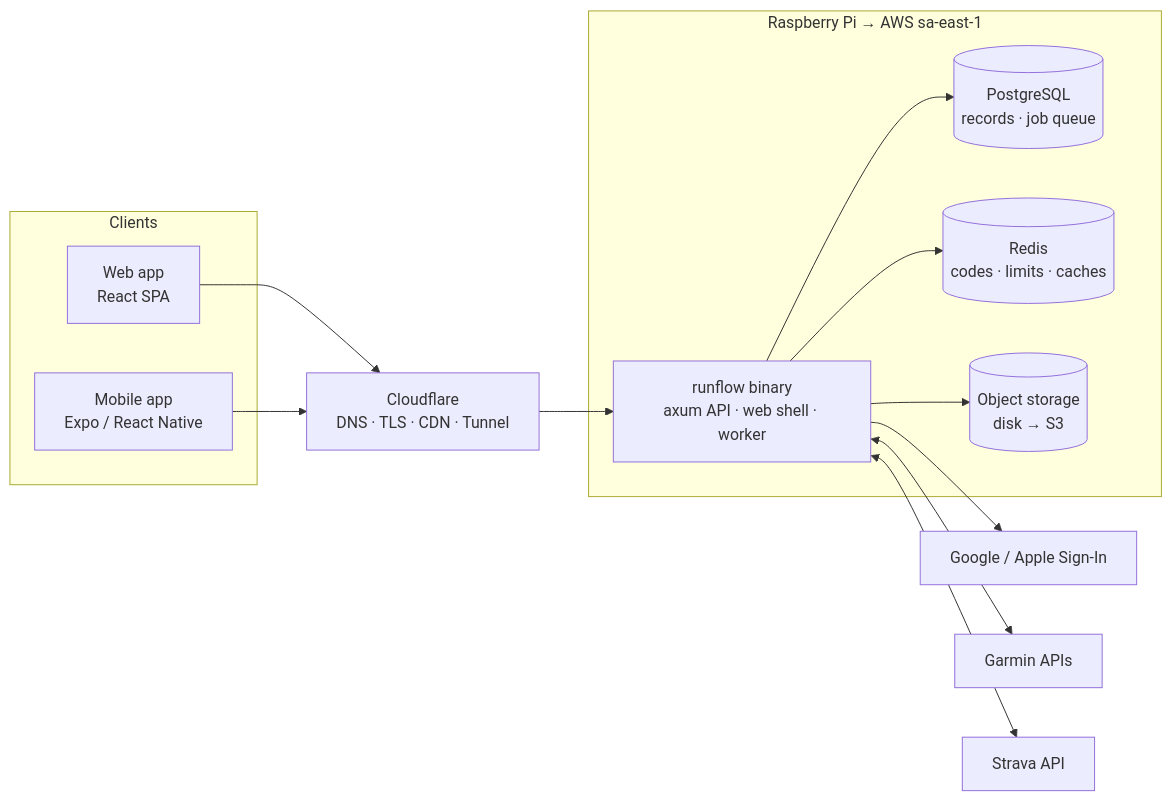
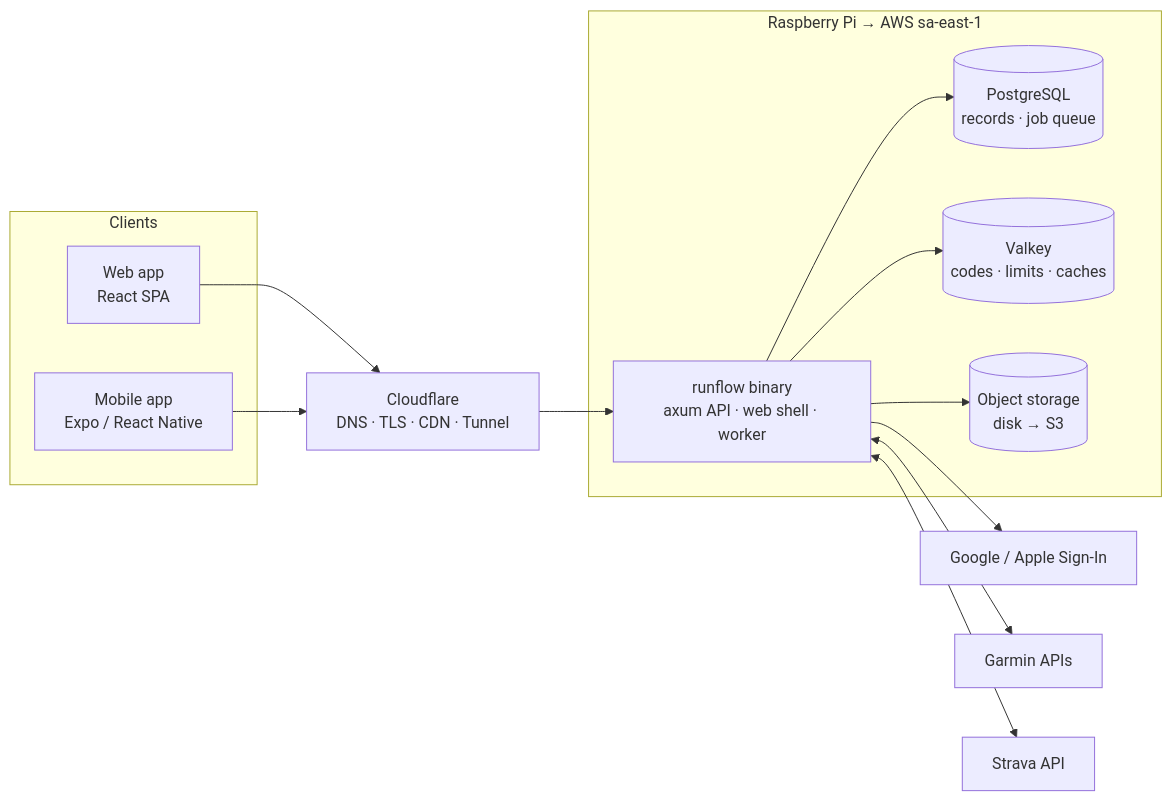
Before and after one commit to otaviojacobi/runflow-future: the diagram in root.md, drawn with Mermaid. The commit also changed other lines of this file and 33 other files, not shown here.

First line of the commit message:
refactor: run Valkey instead of Redis (D-047), D-009 updated

````diff
--- a/root.md
+++ b/root.md
@@ -277,26 +277,26 @@
 ```mermaid
 flowchart LR
   subgraph clients[Clients]
     W["Web app<br/>React SPA"]
     M["Mobile app<br/>Expo / React Native"]
   end
   CF["Cloudflare<br/>DNS · TLS · CDN · Tunnel"]
   subgraph host["Raspberry Pi → AWS sa-east-1"]
     API["runflow binary<br/>axum API · web shell · worker"]
     PG[("PostgreSQL<br/>records · job queue")]
-    KV[("Redis<br/>codes · limits · caches")]
+    KV[("Valkey<br/>codes · limits · caches")]
     OBJ[("Object storage<br/>disk → S3")]
   end
   ID["Google / Apple Sign-In"]
   G["Garmin APIs"]
   S["Strava API"]
   W --> CF
   M --> CF
   CF --> API
   API --> PG
   API --> KV
   API --> OBJ
   API --> ID
   API <--> G
   API <--> S
 ```
````
